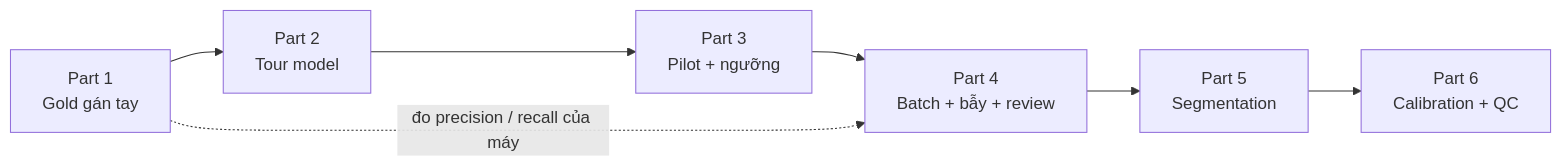
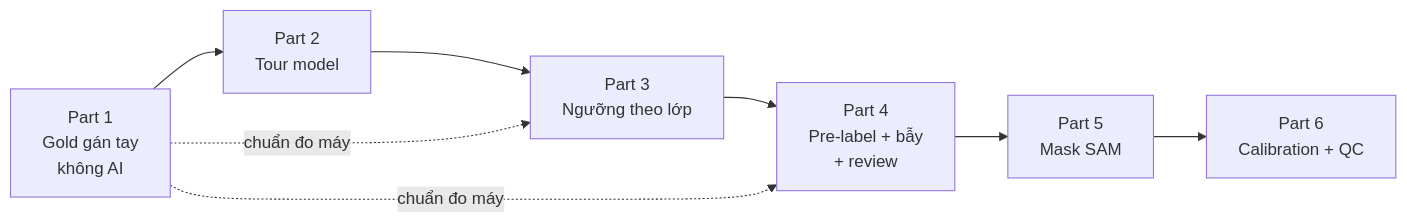
Before and after one commit to trungsangle123-glitch/K5-L23-DAY08-2A202603125-LeTrungSang-AIPrelabel: the diagram in GUIDE.md, drawn with Mermaid. The commit also changed other lines of this file and 38 other files, not shown here.

Commit message:
Rút gọn thành bài 4 giờ: cài đặt làm trước, 3 model, gold 4 ảnh, review 24 ảnh + 12 bẫy, mask SAM 3 vật, REPORT gộp; phần nặng chuyển sang ADVANCED.md

````diff
--- a/GUIDE.md
+++ b/GUIDE.md
@@ -31,9 +24,10 @@
 ```mermaid
 flowchart LR
-  G[Part 1<br/>Gold gán tay] --> M[Part 2<br/>Tour model]
-  M --> P[Part 3<br/>Pilot + ngưỡng]
-  P --> B[Part 4<br/>Batch + bẫy + review]
-  B --> S[Part 5<br/>Segmentation]
+  G[Part 1<br/>Gold gán tay<br/>không AI] --> M[Part 2<br/>Tour model]
+  M --> T[Part 3<br/>Ngưỡng theo lớp]
+  T --> B[Part 4<br/>Pre-label + bẫy<br/>+ review]
+  B --> S[Part 5<br/>Mask SAM]
   S --> C[Part 6<br/>Calibration + QC]
-  G -. đo precision / recall của máy .-> B
+  G -. chuẩn đo máy .-> T
+  G -. chuẩn đo máy .-> B
 ```
````
